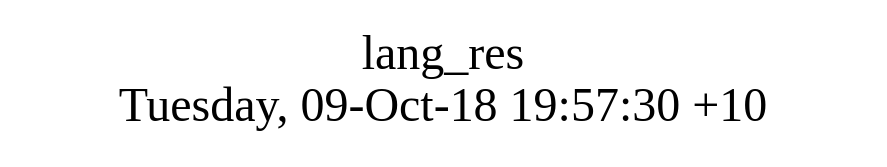
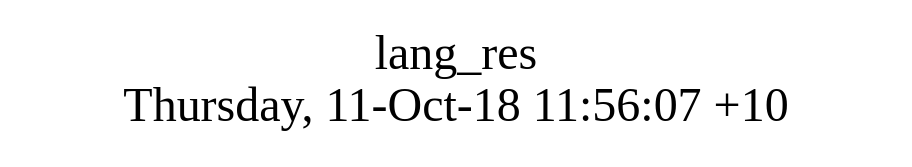
One commit to AplaProject/apps changed the diagram in src/lang_res/struct.dot. Above: the diagram before and after it, drawn with Graphviz. The commit also changed 9 other files, not shown here.

```diff
--- a/src/lang_res/struct.dot
+++ b/src/lang_res/struct.dot
@@ -1,8 +1,8 @@
 digraph G {
 fontsize="24";
-label="lang_res\nTuesday, 09-Oct-18 19:57:30 +10";
+label="lang_res\nThursday, 11-Oct-18 11:56:07 +10";
 nojustify=true;
 ordering=out;
 rankdir=LR;
 size="30";
 }
```
